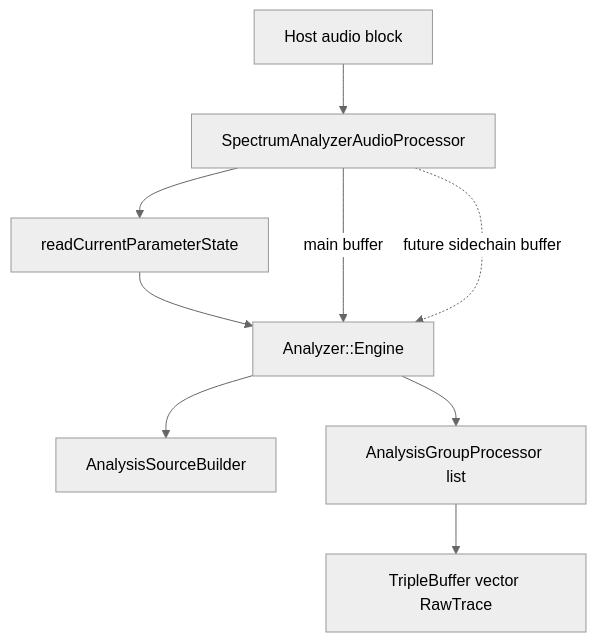
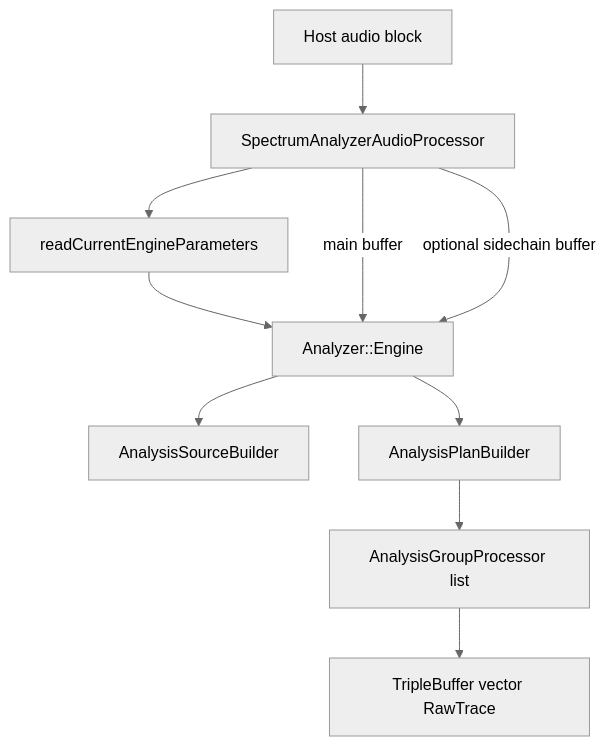
The first of 8 diagrams in docs/audio-processing-architecture.md (Silenterc/Band-Spectrum-Analyzer), drawn with Mermaid (neutral theme) before and after one commit. The commit also changed other lines of this file and 49 other files, not shown here.

````diff
--- a/docs/audio-processing-architecture.md
+++ b/docs/audio-processing-architecture.md
@@ -7,11 +7,12 @@
 ```mermaid
 flowchart TD
     Host[Host audio block] --> Processor[SpectrumAnalyzerAudioProcessor]
-    Processor --> Params[readCurrentParameterState]
+    Processor --> Params[readCurrentEngineParameters]
     Params --> Engine[Analyzer::Engine]
     Processor -->|main buffer| Engine
-    Processor -.->|future sidechain buffer| Engine
+    Processor -->|optional sidechain buffer| Engine
     Engine --> SourceBuilder[AnalysisSourceBuilder]
-    Engine --> Processors[AnalysisGroupProcessor list]
+    Engine --> PlanBuilder[AnalysisPlanBuilder]
+    PlanBuilder --> Processors[AnalysisGroupProcessor list]
     Processors --> Published[TripleBuffer vector RawTrace]
 ```
````
